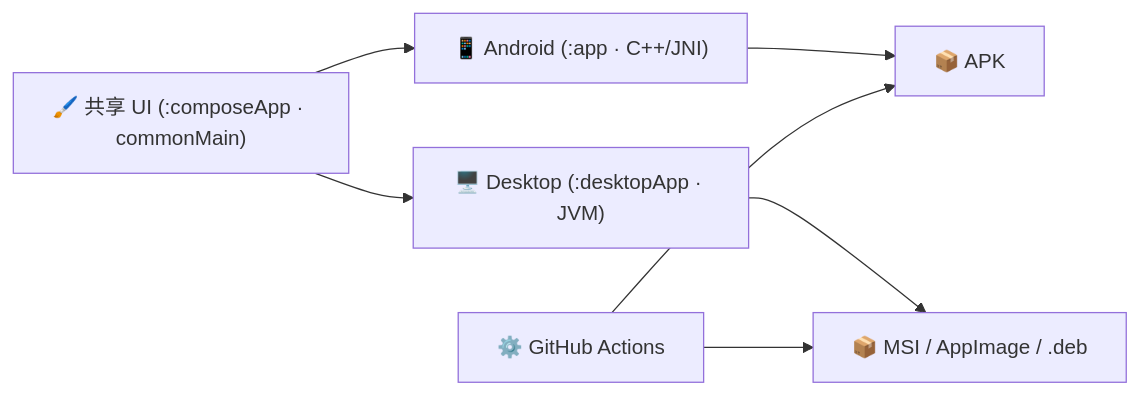
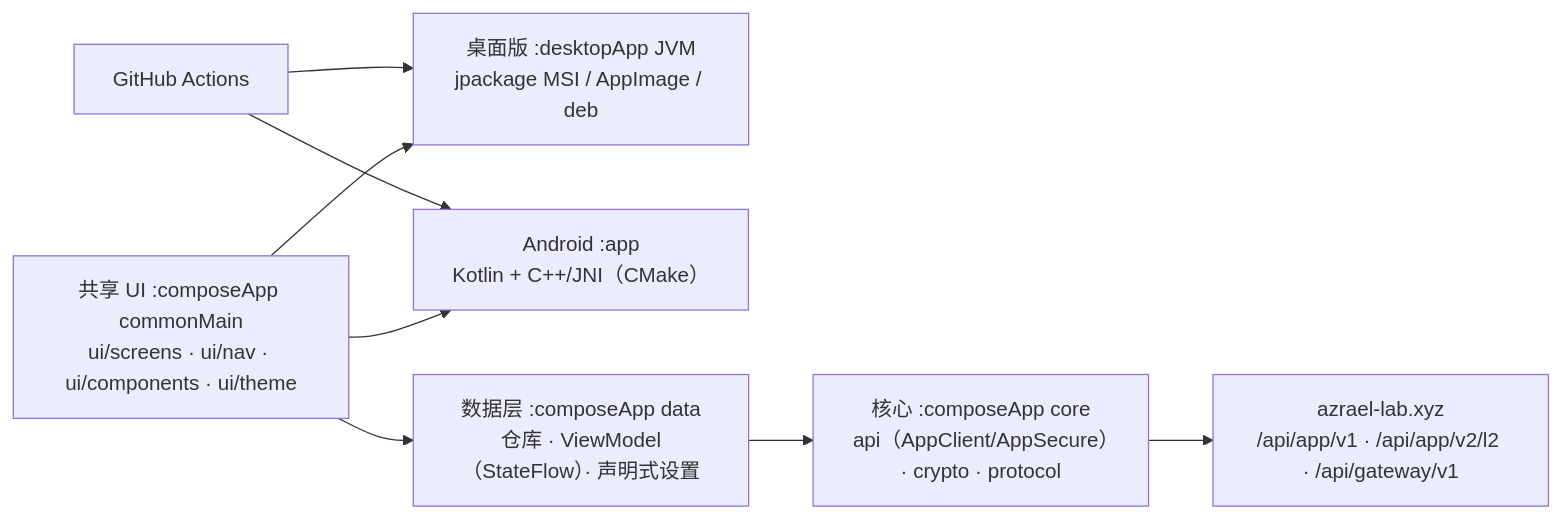
Before and after one commit to PAF-DE0H1SS/AZRAEL-APP: the third of 3 diagrams in README.md, drawn with Mermaid. The commit also changed other lines of this file and 6 other files, not shown here.

````diff
--- a/README.md
+++ b/README.md
@@ -296,8 +500,9 @@
 ```mermaid
 flowchart LR
-    A["🖌️ 共享 UI (:composeApp · commonMain)"] --> B["📱 Android (:app · C++/JNI)"]
-    A --> C["🖥️ Desktop (:desktopApp · JVM)"]
-    B --> D["📦 APK"]
-    C --> E["📦 MSI / AppImage / .deb"]
-    G["⚙️ GitHub Actions"] --> D & E
+    A["共享 UI :composeApp commonMain<br/>ui/screens · ui/nav · ui/components · ui/theme"] --> C["桌面版 :desktopApp JVM<br/>jpackage MSI / AppImage / deb"]
+    A --> B["Android :app<br/>Kotlin + C++/JNI（CMake）"]
+    A --> D["数据层 :composeApp data<br/>仓库 · ViewModel（StateFlow）· 声明式设置"]
+    D --> E["核心 :composeApp core<br/>api（AppClient/AppSecure）· crypto · protocol"]
+    E --> F["azrael-lab.xyz<br/>/api/app/v1 · /api/app/v2/l2 · /api/gateway/v1"]
+    G["GitHub Actions"] --> B & C
 ```
````
